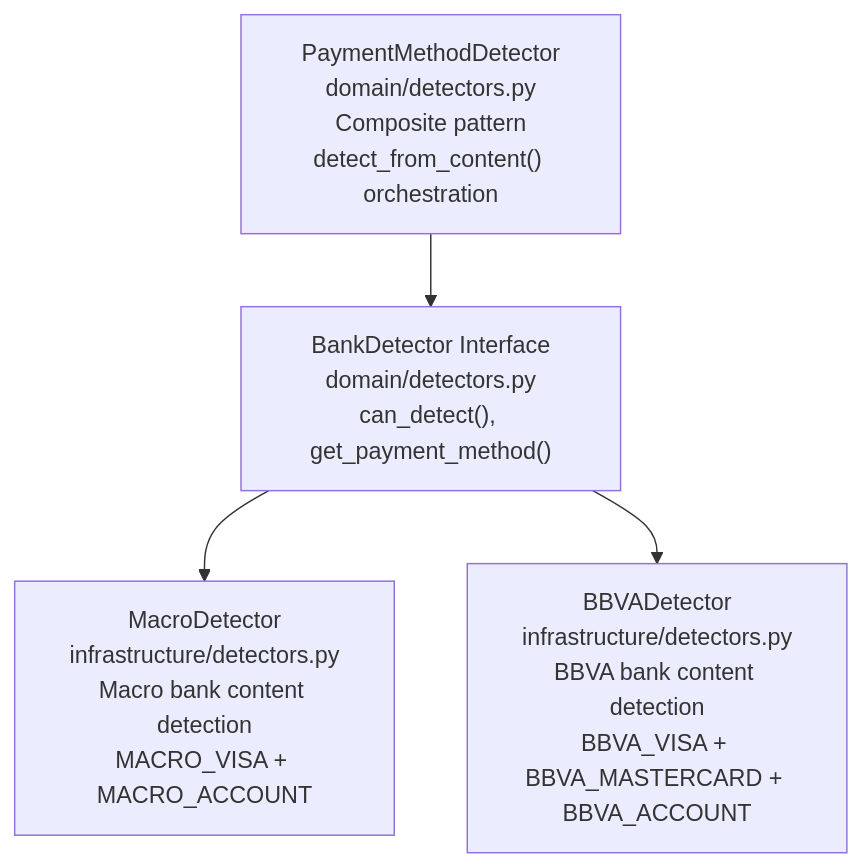
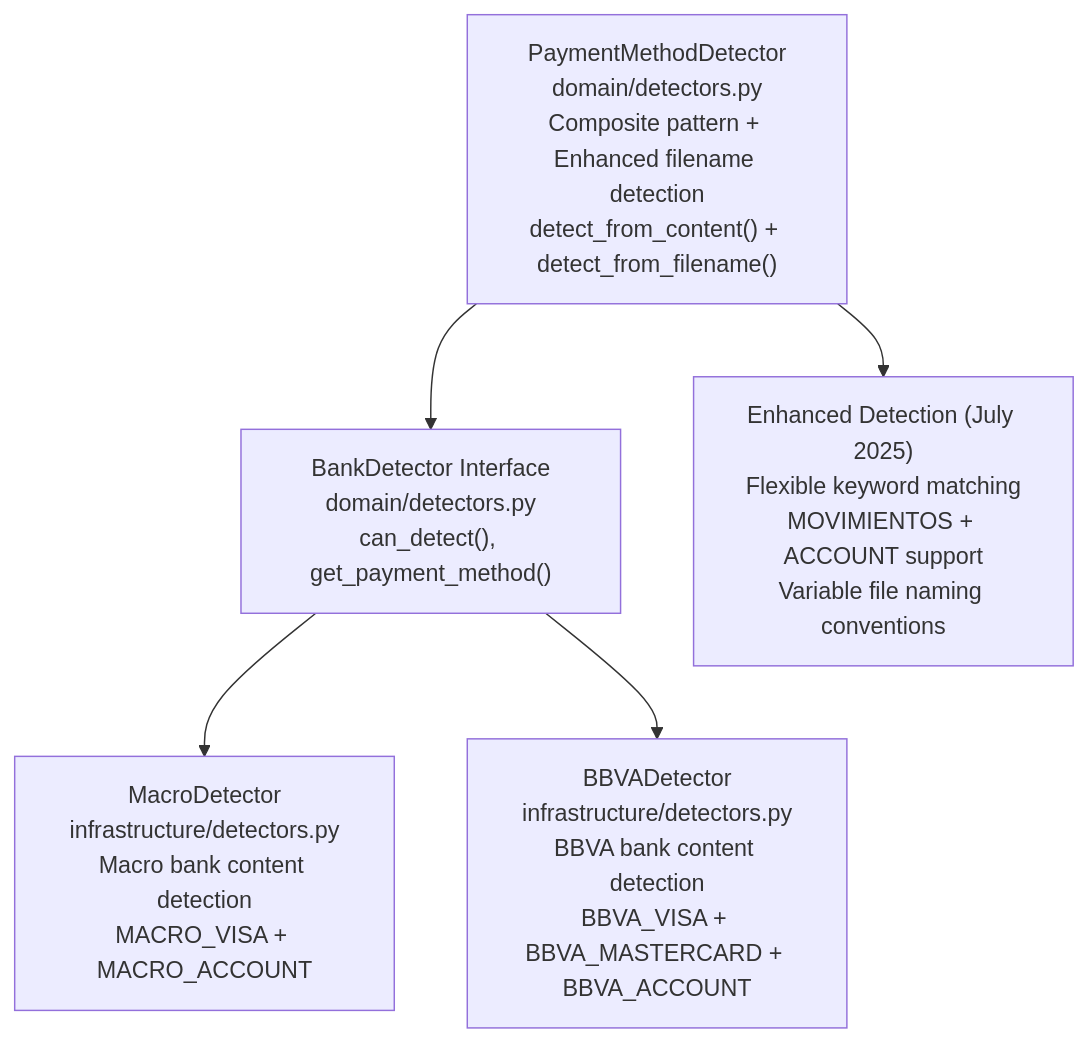
One commit to EduuardoPerez/financial-statement-processor changed the seventh of 9 diagrams in memory-bank/systemPatterns.md. Above: the diagram before and after it, drawn with Mermaid. The commit also changed other lines of this file and 3 other files, not shown here.

````diff
--- a/memory-bank/systemPatterns.md
+++ b/memory-bank/systemPatterns.md
@@ -186,14 +186,17 @@
 ```mermaid
 graph TB
     DETECTOR_INTERFACE["BankDetector Interface<br/>domain/detectors.py<br/>can_detect(), get_payment_method()"]
 
     MACRO_DETECTOR["MacroDetector<br/>infrastructure/detectors.py<br/>Macro bank content detection<br/>MACRO_VISA + MACRO_ACCOUNT"]
 
     BBVA_DETECTOR["BBVADetector<br/>infrastructure/detectors.py<br/>BBVA bank content detection<br/>BBVA_VISA + BBVA_MASTERCARD + BBVA_ACCOUNT"]
 
-    PAYMENT_DETECTOR["PaymentMethodDetector<br/>domain/detectors.py<br/>Composite pattern<br/>detect_from_content() orchestration"]
+    PAYMENT_DETECTOR["PaymentMethodDetector<br/>domain/detectors.py<br/>Composite pattern + Enhanced filename detection<br/>detect_from_content() + detect_from_filename()"]
+
+    ENHANCED_DETECTION["Enhanced Detection (July 2025)<br/>Flexible keyword matching<br/>MOVIMIENTOS + ACCOUNT support<br/>Variable file naming conventions"]
 
     DETECTOR_INTERFACE --> MACRO_DETECTOR
     DETECTOR_INTERFACE --> BBVA_DETECTOR
     PAYMENT_DETECTOR --> DETECTOR_INTERFACE
+    PAYMENT_DETECTOR --> ENHANCED_DETECTION
 ```
````
